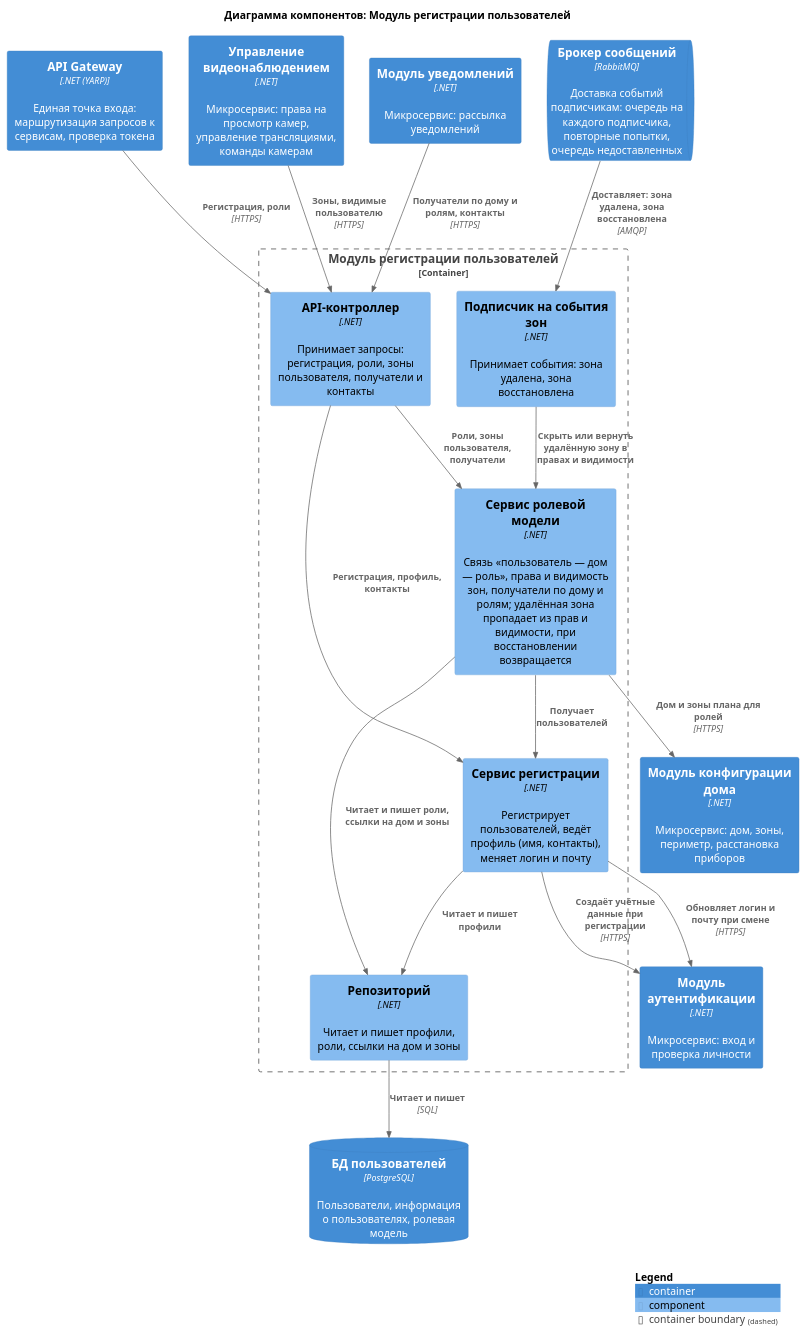
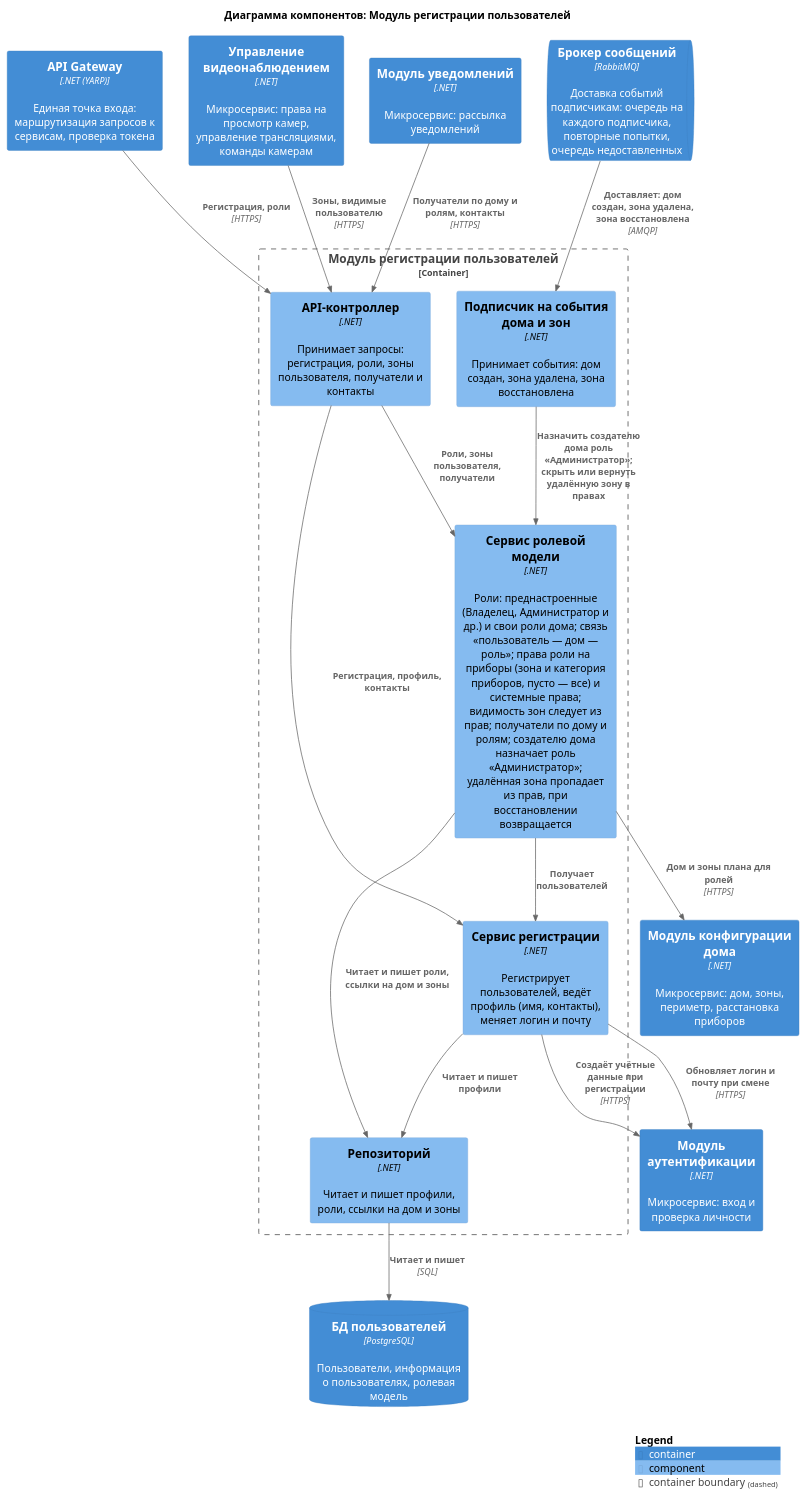
One commit to Lyamin-av/architecture-warmhouse changed the diagram in diagrams/components/users.puml. Above: the diagram before and after it, drawn with PlantUML. The commit also changed 16 other files, not shown here.

Commit message:
Согласование с ER: событие «дом создан» (Конфигурация дома → Пользователи), Администратор — служебная роль в доме, права в зоне по категории приборов, категории в Интеграции

```diff
--- a/diagrams/components/users.puml
+++ b/diagrams/components/users.puml
@@ -1,40 +1,40 @@
 @startuml users
 !include <C4/C4_Component>
 
 title Диаграмма компонентов: Модуль регистрации пользователей
 
 Container(Gateway, "API Gateway", ".NET (YARP)", "Единая точка входа: маршрутизация запросов к сервисам, проверка токена")
 Container(VideoControl, "Управление видеонаблюдением", ".NET", "Микросервис: права на просмотр камер, управление трансляциями, команды камерам")
 Container(Notification, "Модуль уведомлений", ".NET", "Микросервис: рассылка уведомлений")
 Container(Authentication, "Модуль аутентификации", ".NET", "Микросервис: вход и проверка личности")
 Container(HouseConfigurator, "Модуль конфигурации дома", ".NET", "Микросервис: дом, зоны, периметр, расстановка приборов")
 ContainerQueue(Broker, "Брокер сообщений", "RabbitMQ", "Доставка событий подписчикам: очередь на каждого подписчика, повторные попытки, очередь недоставленных")
 ContainerDb(dbUsers, "БД пользователей", "PostgreSQL", "Пользователи, информация о пользователях, ролевая модель")
 
 Container_Boundary(Users, "Модуль регистрации пользователей") {
     Component(api, "API-контроллер", ".NET", "Принимает запросы: регистрация, роли, зоны пользователя, получатели и контакты")
     Component(registration, "Сервис регистрации", ".NET", "Регистрирует пользователей, ведёт профиль (имя, контакты), меняет логин и почту")
-    Component(roles, "Сервис ролевой модели", ".NET", "Связь «пользователь — дом — роль», права и видимость зон, получатели по дому и ролям; удалённая зона пропадает из прав и видимости, при восстановлении возвращается")
-    Component(subscriber, "Подписчик на события зон", ".NET", "Принимает события: зона удалена, зона восстановлена")
+    Component(roles, "Сервис ролевой модели", ".NET", "Роли: преднастроенные (Владелец, Администратор и др.) и свои роли дома; связь «пользователь — дом — роль»; права роли на приборы (зона и категория приборов, пусто — все) и системные права; видимость зон следует из прав; получатели по дому и ролям; создателю дома назначает роль «Администратор»; удалённая зона пропадает из прав, при восстановлении возвращается")
+    Component(subscriber, "Подписчик на события дома и зон", ".NET", "Принимает события: дом создан, зона удалена, зона восстановлена")
     Component(repo, "Репозиторий", ".NET", "Читает и пишет профили, роли, ссылки на дом и зоны")
 }
 
 Rel(Gateway, api, "Регистрация, роли", "HTTPS")
 Rel(VideoControl, api, "Зоны, видимые пользователю", "HTTPS")
 Rel(Notification, api, "Получатели по дому и ролям, контакты", "HTTPS")
-Rel(Broker, subscriber, "Доставляет: зона удалена, зона восстановлена", "AMQP")
+Rel(Broker, subscriber, "Доставляет: дом создан, зона удалена, зона восстановлена", "AMQP")
 
 Rel(api, registration, "Регистрация, профиль, контакты")
 Rel(api, roles, "Роли, зоны пользователя, получатели")
 Rel(roles, registration, "Получает пользователей")
-Rel(subscriber, roles, "Скрыть или вернуть удалённую зону в правах и видимости")
+Rel(subscriber, roles, "Назначить создателю дома роль «Администратор»; скрыть или вернуть удалённую зону в правах")
 Rel(registration, Authentication, "Создаёт учётные данные при регистрации", "HTTPS")
 Rel(registration, Authentication, "Обновляет логин и почту при смене", "HTTPS")
 Rel(registration, repo, "Читает и пишет профили")
 Rel(roles, repo, "Читает и пишет роли, ссылки на дом и зоны")
 
 Rel(roles, HouseConfigurator, "Дом и зоны плана для ролей", "HTTPS")
 Rel(repo, dbUsers, "Читает и пишет", "SQL")
 
 SHOW_LEGEND()
 @enduml
```
